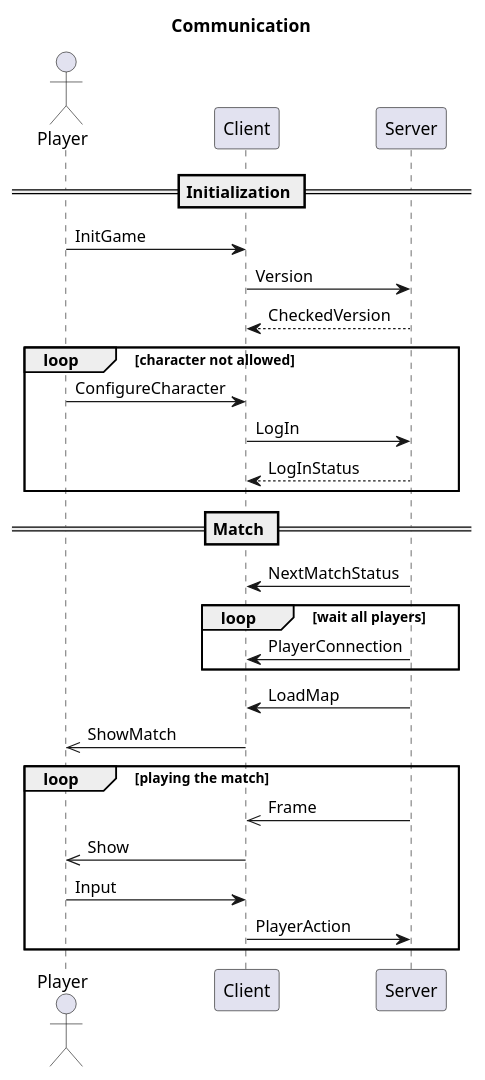
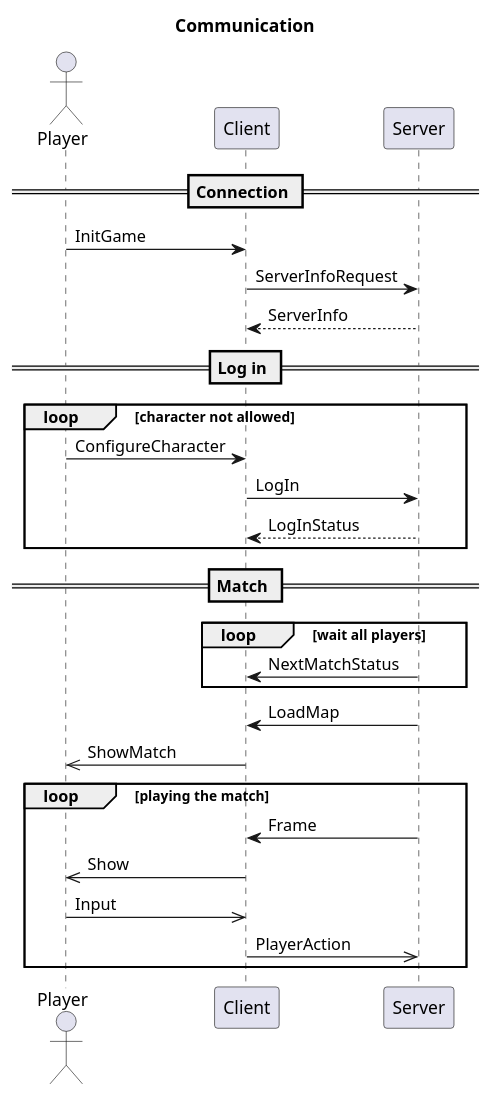
The diagram in doc/design/communication_sequence.puml (lemunozm/asciiarena-js), drawn with PlantUML before and after one commit. The commit also changed 20 other files, not shown here.

```diff
--- a/doc/design/communication_sequence.puml
+++ b/doc/design/communication_sequence.puml
@@ -1,34 +1,35 @@
 @startuml
 
 title Communication
 actor Player
 
-== Initialization ==
+== Connection ==
 
 Player -> Client : InitGame
-Client -> Server : Version
-Client <-- Server : CheckedVersion
+Client -> Server : ServerInfoRequest
+Client <-- Server : ServerInfo
+
+== Log in ==
 
 loop character not allowed
     Player -> Client : ConfigureCharacter
     Client -> Server : LogIn
     Client <-- Server : LogInStatus
 end
 
 == Match ==
 
-Client <- Server : NextMatchStatus
 loop wait all players
-    Client <- Server : PlayerConnection
+    Client <- Server : NextMatchStatus
 end
 Client <- Server : LoadMap
 Player <<- Client : ShowMatch
 
 loop playing the match
-    Client <<- Server : Frame
+    Client <- Server : Frame
     Player <<- Client : Show
-    Player -> Client : Input
-    Client -> Server : PlayerAction
+    Player ->> Client : Input
+    Client ->> Server : PlayerAction
 end
 
 @enduml
```
